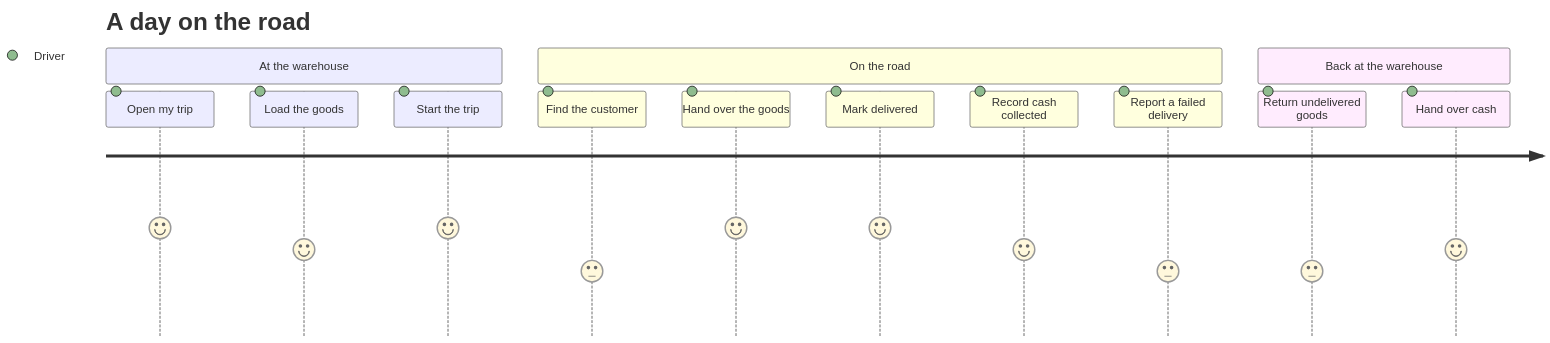
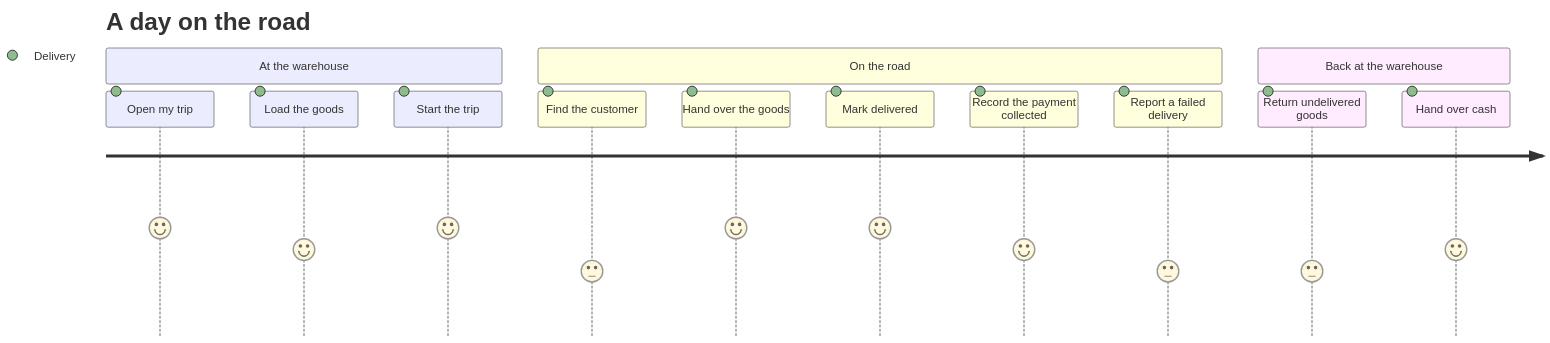
One commit to AhmedElnagarUU/Cosmo changed the fourth of 7 diagrams in docs/journeys/02-employee-journeys.md. Above: the diagram before and after it, drawn with Mermaid. The commit also changed other lines of this file and 33 other files, not shown here.

````diff
--- a/docs/journeys/02-employee-journeys.md
+++ b/docs/journeys/02-employee-journeys.md
@@ -55,17 +78,17 @@
 ```mermaid
 journey
     title A day on the road
     section At the warehouse
-      Open my trip: 5: Driver
-      Load the goods: 4: Driver
-      Start the trip: 5: Driver
+      Open my trip: 5: Delivery
+      Load the goods: 4: Delivery
+      Start the trip: 5: Delivery
     section On the road
-      Find the customer: 3: Driver
-      Hand over the goods: 5: Driver
-      Mark delivered: 5: Driver
-      Record cash collected: 4: Driver
-      Report a failed delivery: 3: Driver
+      Find the customer: 3: Delivery
+      Hand over the goods: 5: Delivery
+      Mark delivered: 5: Delivery
+      Record the payment collected: 4: Delivery
+      Report a failed delivery: 3: Delivery
     section Back at the warehouse
-      Return undelivered goods: 3: Driver
-      Hand over cash: 4: Driver
+      Return undelivered goods: 3: Delivery
+      Hand over cash: 4: Delivery
 ```
````
